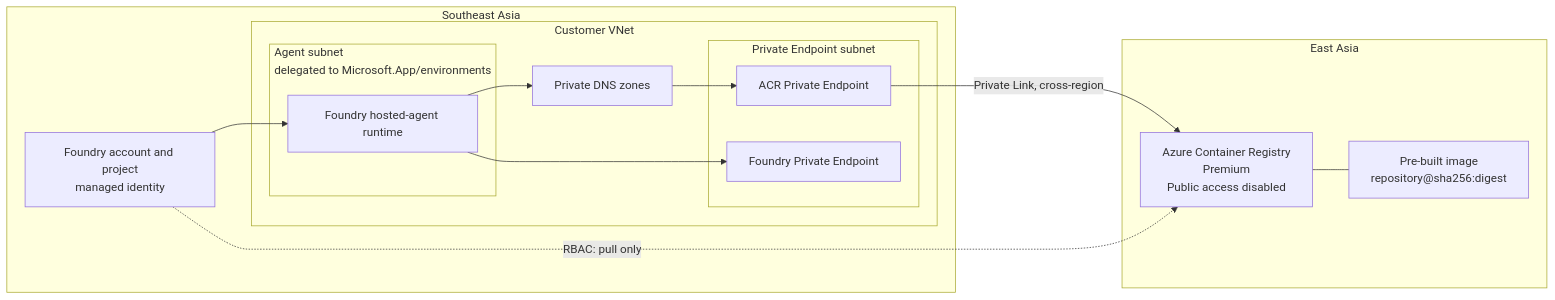
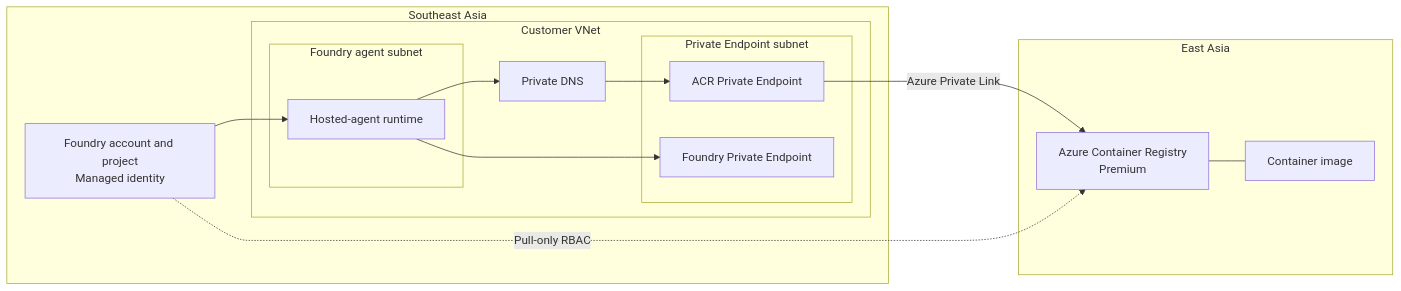
One commit to yimkwokwoon/acr-crossregion-pull-drill changed the diagram in README.md. Above: the diagram before and after it, drawn with Mermaid. The commit also changed other lines of this file, not shown here.

````diff
--- a/README.md
+++ b/README.md
@@ -92,29 +21,32 @@
 ```mermaid
 flowchart LR
     subgraph EA["East Asia"]
-        ACR["Azure Container Registry<br/>Premium<br/>Public access disabled"]
-        IMAGE["Pre-built image<br/>repository@sha256:digest"]
+        ACR["Azure Container Registry<br/>Premium"]
+        IMAGE["Container image"]
         ACR --- IMAGE
     end
 
     subgraph SEA["Southeast Asia"]
         subgraph VNET["Customer VNet"]
-            subgraph AGENTSUBNET["Agent subnet<br/>delegated to Microsoft.App/environments"]
-                RUNTIME["Foundry hosted-agent runtime"]
+            subgraph AGENTSUBNET["Foundry agent subnet"]
+                RUNTIME["Hosted-agent runtime"]
             end
+
             subgraph PESUBNET["Private Endpoint subnet"]
                 ACRPE["ACR Private Endpoint"]
                 FOUNDRYPE["Foundry Private Endpoint"]
             end
-            DNS["Private DNS zones"]
+
+            DNS["Private DNS"]
         end
-        FOUNDRY["Foundry account and project<br/>managed identity"]
+
+        PROJECT["Foundry account and project<br/>Managed identity"]
     end
 
-    FOUNDRY --> RUNTIME
+    PROJECT --> RUNTIME
     RUNTIME --> DNS
     DNS --> ACRPE
-    ACRPE -->|"Private Link, cross-region"| ACR
+    ACRPE -->|"Azure Private Link"| ACR
     RUNTIME --> FOUNDRYPE
-    FOUNDRY -. "RBAC: pull only" .-> ACR
+    PROJECT -. "Pull-only RBAC" .-> ACR
 ```
````
